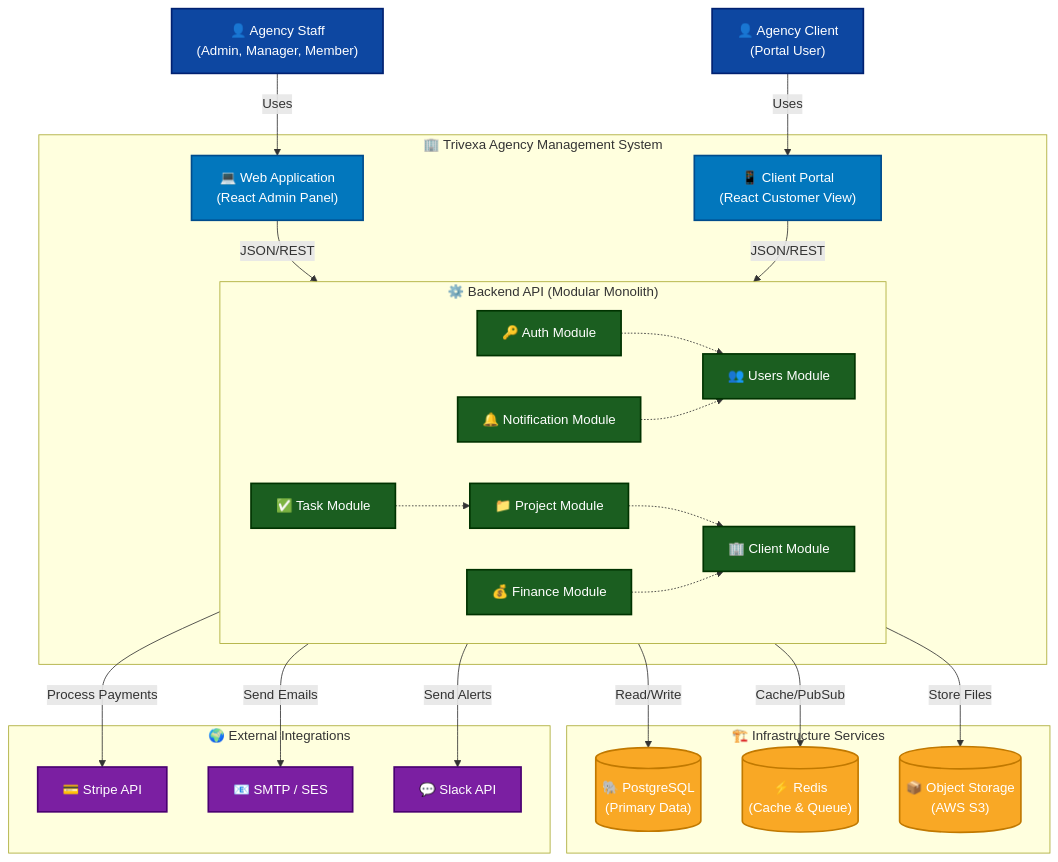
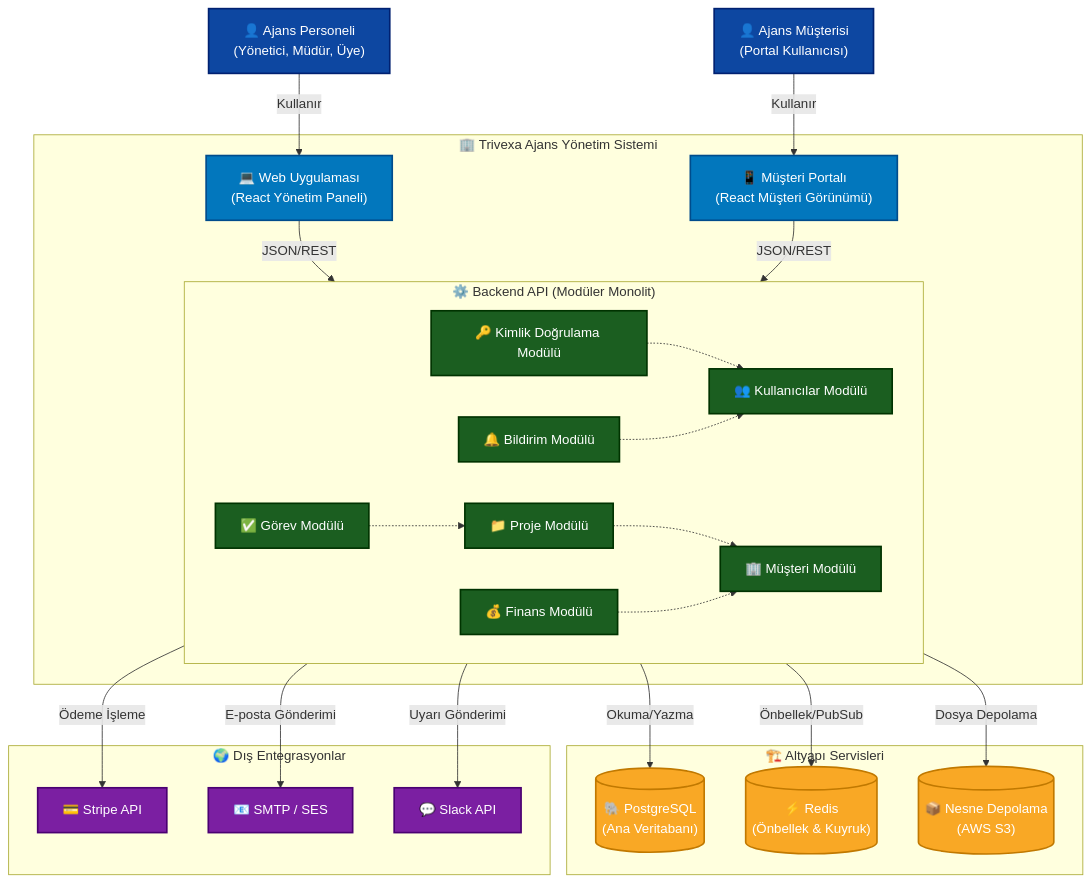
Before and after one commit to MrMahirr/Trivexa_Backend: the diagram in docs/architecture/diagrams/system-overview.mmd, drawn with Mermaid. The commit also changed 76 other files, not shown here.

First line of the commit message:
docs(architecture): diyagramları zenginleştir ve PDF üretim altyapısı ekle

```diff
--- a/docs/architecture/diagrams/system-overview.mmd
+++ b/docs/architecture/diagrams/system-overview.mmd
@@ -1,65 +1,70 @@
+%% Sistem Genel Bakış Diyagramı
+%% Bu diyagram, Trivexa Ajans Yönetim Sistemi'nin üst düzey mimarisini gösterir.
+%% Aktörler (personel ve müşteri), uygulama bileşenleri, backend modülleri,
+%% altyapı servisleri ve dış entegrasyonlar arasındaki ilişkileri içerir.
+
 flowchart TD
-    %% Global Styles
+    %% Genel Stiller
     classDef person fill:#0d47a1,stroke:#002171,stroke-width:2px,color:#ffffff
     classDef system fill:#1b5e20,stroke:#003300,stroke-width:2px,color:#ffffff
     classDef container fill:#0277bd,stroke:#004c8c,stroke-width:2px,color:#ffffff
     classDef db fill:#f9a825,stroke:#c17900,stroke-width:2px,color:#ffffff
     classDef external fill:#7b1fa2,stroke:#4a0072,stroke-width:2px,color:#ffffff
 
-    %% Actors
-    Staff["👤 Agency Staff<br/>(Admin, Manager, Member)"]:::person
-    Client["👤 Agency Client<br/>(Portal User)"]:::person
+    %% Aktörler
+    Staff["👤 Ajans Personeli<br/>(Yönetici, Müdür, Üye)"]:::person
+    Client["👤 Ajans Müşterisi<br/>(Portal Kullanıcısı)"]:::person
 
-    %% Top Level Systems
-    subgraph TrivexaSystem ["🏢 Trivexa Agency Management System"]
-        WebApp["💻 Web Application<br/>(React Admin Panel)"]:::container
-        Portal["📱 Client Portal<br/>(React Customer View)"]:::container
+    %% Üst Düzey Sistemler
+    subgraph TrivexaSystem ["🏢 Trivexa Ajans Yönetim Sistemi"]
+        WebApp["💻 Web Uygulaması<br/>(React Yönetim Paneli)"]:::container
+        Portal["📱 Müşteri Portalı<br/>(React Müşteri Görünümü)"]:::container
         
-        subgraph Backend ["⚙️ Backend API (Modular Monolith)"]
-            AuthMod["🔑 Auth Module"]:::system
-            UserMod["👥 Users Module"]:::system
-            ClientMod["🏢 Client Module"]:::system
-            ProjectMod["📁 Project Module"]:::system
-            TaskMod["✅ Task Module"]:::system
-            FinanceMod["💰 Finance Module"]:::system
-            NotifyMod["🔔 Notification Module"]:::system
+        subgraph Backend ["⚙️ Backend API (Modüler Monolit)"]
+            AuthMod["🔑 Kimlik Doğrulama Modülü"]:::system
+            UserMod["👥 Kullanıcılar Modülü"]:::system
+            ClientMod["🏢 Müşteri Modülü"]:::system
+            ProjectMod["📁 Proje Modülü"]:::system
+            TaskMod["✅ Görev Modülü"]:::system
+            FinanceMod["💰 Finans Modülü"]:::system
+            NotifyMod["🔔 Bildirim Modülü"]:::system
         end
     end
 
-    %% Infrastructure
-    subgraph Infra ["🏗️ Infrastructure Services"]
-        DB[("🐘 PostgreSQL<br/>(Primary Data)")]:::db
-        Redis[("⚡ Redis<br/>(Cache & Queue)")]:::db
-        Blob[("📦 Object Storage<br/>(AWS S3)")]:::db
+    %% Altyapı Servisleri
+    subgraph Infra ["🏗️ Altyapı Servisleri"]
+        DB[("🐘 PostgreSQL<br/>(Ana Veritabanı)")]:::db
+        Redis[("⚡ Redis<br/>(Önbellek & Kuyruk)")]:::db
+        Blob[("📦 Nesne Depolama<br/>(AWS S3)")]:::db
     end
 
-    %% External Systems
-    subgraph External ["🌍 External Integrations"]
+    %% Dış Sistemler
+    subgraph External ["🌍 Dış Entegrasyonlar"]
         Stripe["💳 Stripe API"]:::external
         Email["📧 SMTP / SES"]:::external
         Slack["💬 Slack API"]:::external
     end
 
-    %% Relationships
-    Staff -->|Uses| WebApp
-    Client -->|Uses| Portal
+    %% İlişkiler
+    Staff -->|Kullanır| WebApp
+    Client -->|Kullanır| Portal
     
     WebApp -->|JSON/REST| Backend
     Portal -->|JSON/REST| Backend
 
-    Backend -->|Read/Write| DB
-    Backend -->|Cache/PubSub| Redis
-    Backend -->|Store Files| Blob
+    Backend -->|Okuma/Yazma| DB
+    Backend -->|Önbellek/PubSub| Redis
+    Backend -->|Dosya Depolama| Blob
 
-    Backend -->|Process Payments| Stripe
-    Backend -->|Send Emails| Email
-    Backend -->|Send Alerts| Slack
+    Backend -->|Ödeme İşleme| Stripe
+    Backend -->|E-posta Gönderimi| Email
+    Backend -->|Uyarı Gönderimi| Slack
     
-    %% Internal Module Dependencies (Simplified)
+    %% Dahili Modül Bağımlılıkları (Basitleştirilmiş)
     AuthMod -.-> UserMod
     ProjectMod -.-> ClientMod
     TaskMod -.-> ProjectMod
     FinanceMod -.-> ClientMod
     NotifyMod -.-> UserMod
 
     linkStyle default stroke:#333,stroke-width:1px,color:#333
```
